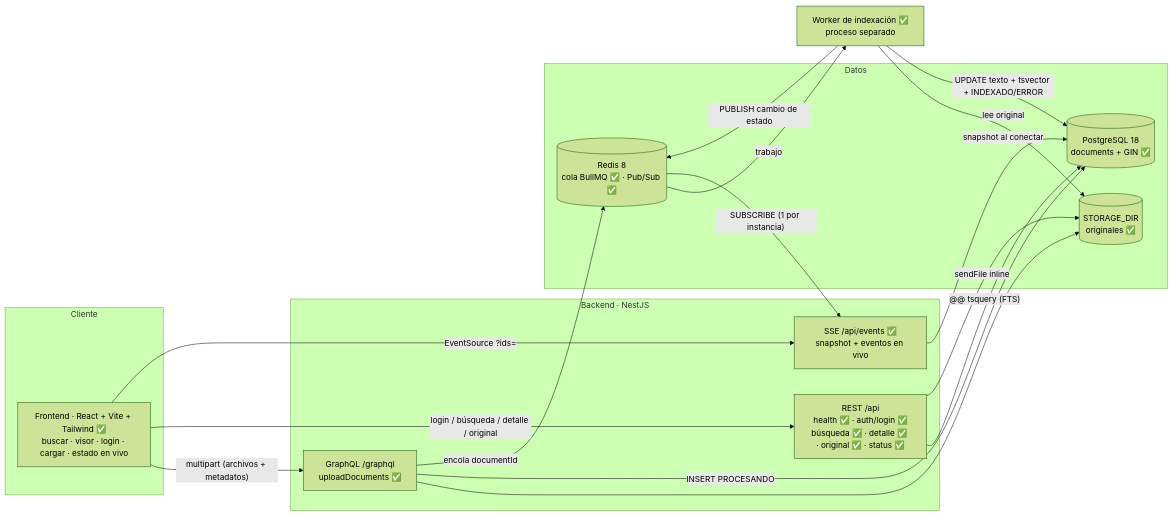
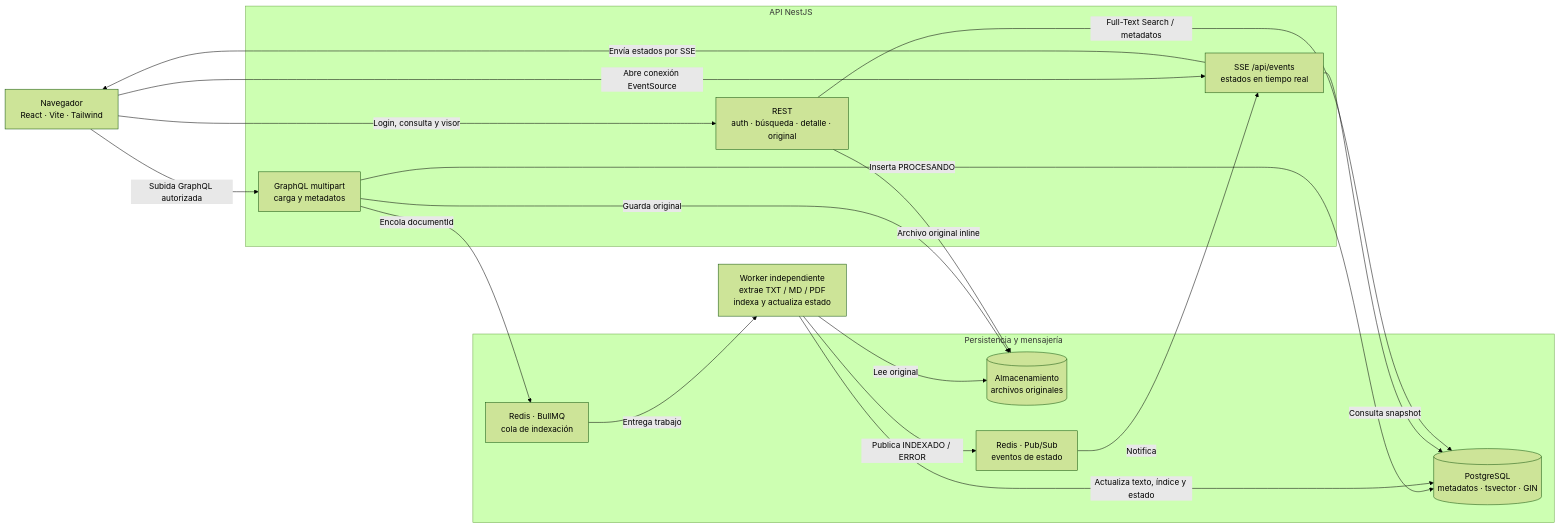
One commit to camilollamas/pt_documental changed the first of 2 diagrams in docs/architecture.md. Above: the diagram before and after it, drawn with Mermaid (forest theme). The commit also changed other lines of this file and 1 other file, not shown here.

First line of the commit message:
docs: actualización de documentación técnica del proyecto Se reorganiza architecture.md según los requisitos de la prueba técnica, detallando arquitectura, decisiones tecnológicas, comunicación en tiempo real y escalabilidad.

````diff
--- a/docs/architecture.md
+++ b/docs/architecture.md
@@ -7,35 +9,35 @@
 ```mermaid
 flowchart LR
-    subgraph Cliente
-        UI["Frontend · React + Vite + Tailwind ✅<br/>buscar · visor · login · cargar · estado en vivo"]
-    end
+  U["Navegador<br/>React · Vite · Tailwind"]
 
-    subgraph API["Backend · NestJS"]
-        GQL["GraphQL /graphql<br/>uploadDocuments ✅"]
-        REST["REST /api<br/>health ✅ · auth/login ✅<br/>búsqueda ✅ · detalle ✅ · original ✅ · status ✅"]
-        SSE["SSE /api/events ✅<br/>snapshot + eventos en vivo"]
-    end
+  subgraph API["API NestJS"]
+    GQL["GraphQL multipart<br/>carga y metadatos"]
+    HTTP["REST<br/>auth · búsqueda · detalle · original"]
+    SSE["SSE /api/events<br/>estados en tiempo real"]
+  end
 
-    subgraph Datos
-        PG[("PostgreSQL 18<br/>documents + GIN ✅")]
-        FS[("STORAGE_DIR<br/>originales ✅")]
-        RQ[("Redis 8<br/>cola BullMQ ✅ · Pub/Sub ✅")]
-    end
+  subgraph BACK["Persistencia y mensajería"]
+    PG[("PostgreSQL<br/>metadatos · tsvector · GIN")]
+    FS[("Almacenamiento<br/>archivos originales")]
+    Q["Redis · BullMQ<br/>cola de indexación"]
+    PUB["Redis · Pub/Sub<br/>eventos de estado"]
+  end
 
-    W["Worker de indexación ✅<br/>proceso separado"]
+  W["Worker independiente<br/>extrae TXT / MD / PDF<br/>indexa y actualiza estado"]
 
-    UI -- "multipart (archivos + metadatos)" --> GQL
-    UI -- "login / búsqueda / detalle / original" --> REST
-    UI -- "EventSource ?ids=" --> SSE
-    GQL --> FS
-    GQL -- "INSERT PROCESANDO" --> PG
-    GQL -- "encola documentId" --> RQ
-    RQ -- "trabajo" --> W
-    W -- "lee original" --> FS
-    W -- "UPDATE texto + tsvector + INDEXADO/ERROR" --> PG
-    W -- "PUBLISH cambio de estado" --> RQ
-    RQ -- "SUBSCRIBE (1 por instancia)" --> SSE
-    SSE -- "snapshot al conectar" --> PG
-    REST -- "@@ tsquery (FTS)" --> PG
-    REST -- "sendFile inline" --> FS
+  U -->|"Login, consulta y visor"| HTTP
+  U -->|"Subida GraphQL autorizada"| GQL
+  U -->|"Abre conexión EventSource"| SSE
+  SSE -->|"Envía estados por SSE"| U
+  GQL -->|"Guarda original"| FS
+  GQL -->|"Inserta PROCESANDO"| PG
+  GQL -->|"Encola documentId"| Q
+  Q -->|"Entrega trabajo"| W
+  W -->|"Lee original"| FS
+  W -->|"Actualiza texto, índice y estado"| PG
+  W -->|"Publica INDEXADO / ERROR"| PUB
+  PUB -->|"Notifica"| SSE
+  SSE -->|"Consulta snapshot"| PG
+  HTTP -->|"Full-Text Search / metadatos"| PG
+  HTTP -->|"Archivo original inline"| FS
 ```
````
